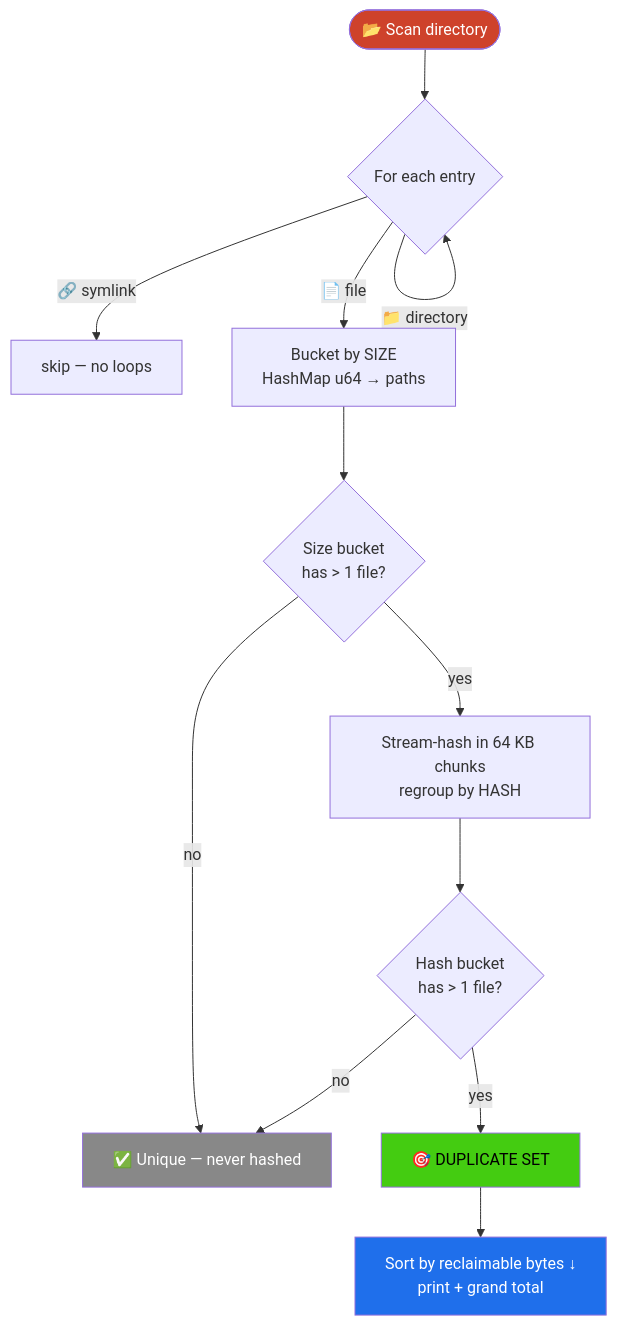
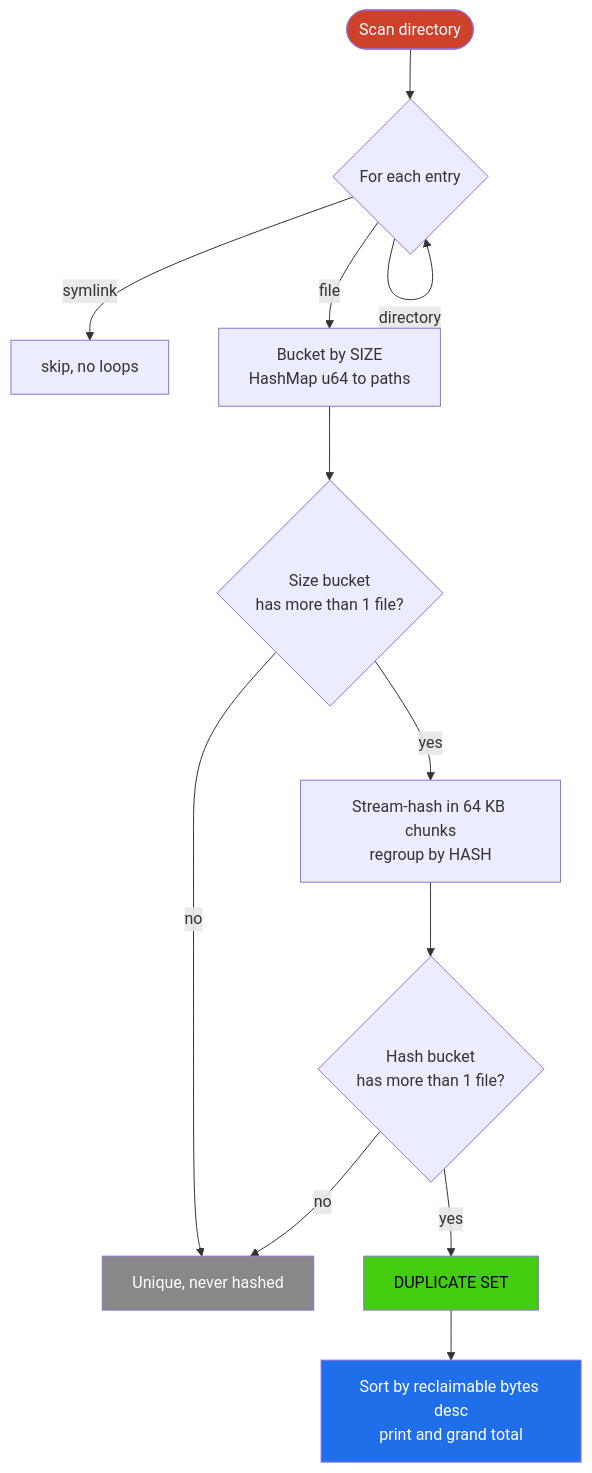
One commit to SujalXplores/rust-dedupe changed the diagram in README.md. Above: the diagram before and after it, drawn with Mermaid. The commit also changed other lines of this file and 3 other files, not shown here.

````diff
--- a/README.md
+++ b/README.md
@@ -76,19 +101,19 @@
 ```mermaid
 flowchart TD
-    A([📂 Scan directory]) --> B{For each entry}
-    B -->|🔗 symlink| X[skip — no loops]
-    B -->|📁 directory| B
-    B -->|📄 file| C[Bucket by SIZE<br/>HashMap u64 → paths]
-    C --> D{Size bucket<br/>has &gt; 1 file?}
-    D -->|no| E[✅ Unique — never hashed]
+    A([Scan directory]) --> B{For each entry}
+    B -->|symlink| X[skip, no loops]
+    B -->|directory| B
+    B -->|file| C[Bucket by SIZE<br/>HashMap u64 to paths]
+    C --> D{Size bucket<br/>has more than 1 file?}
+    D -->|no| E[Unique, never hashed]
     D -->|yes| F[Stream-hash in 64 KB chunks<br/>regroup by HASH]
-    F --> G{Hash bucket<br/>has &gt; 1 file?}
+    F --> G{Hash bucket<br/>has more than 1 file?}
     G -->|no| E
-    G -->|yes| H[🎯 DUPLICATE SET]
-    H --> I[Sort by reclaimable bytes ↓<br/>print + grand total]
+    G -->|yes| H[DUPLICATE SET]
+    H --> I[Sort by reclaimable bytes desc<br/>print and grand total]
 
     style A fill:#CE422B,color:#fff
     style H fill:#44CC11,color:#000
     style E fill:#888,color:#fff
     style I fill:#1f6feb,color:#fff
 ```
````
